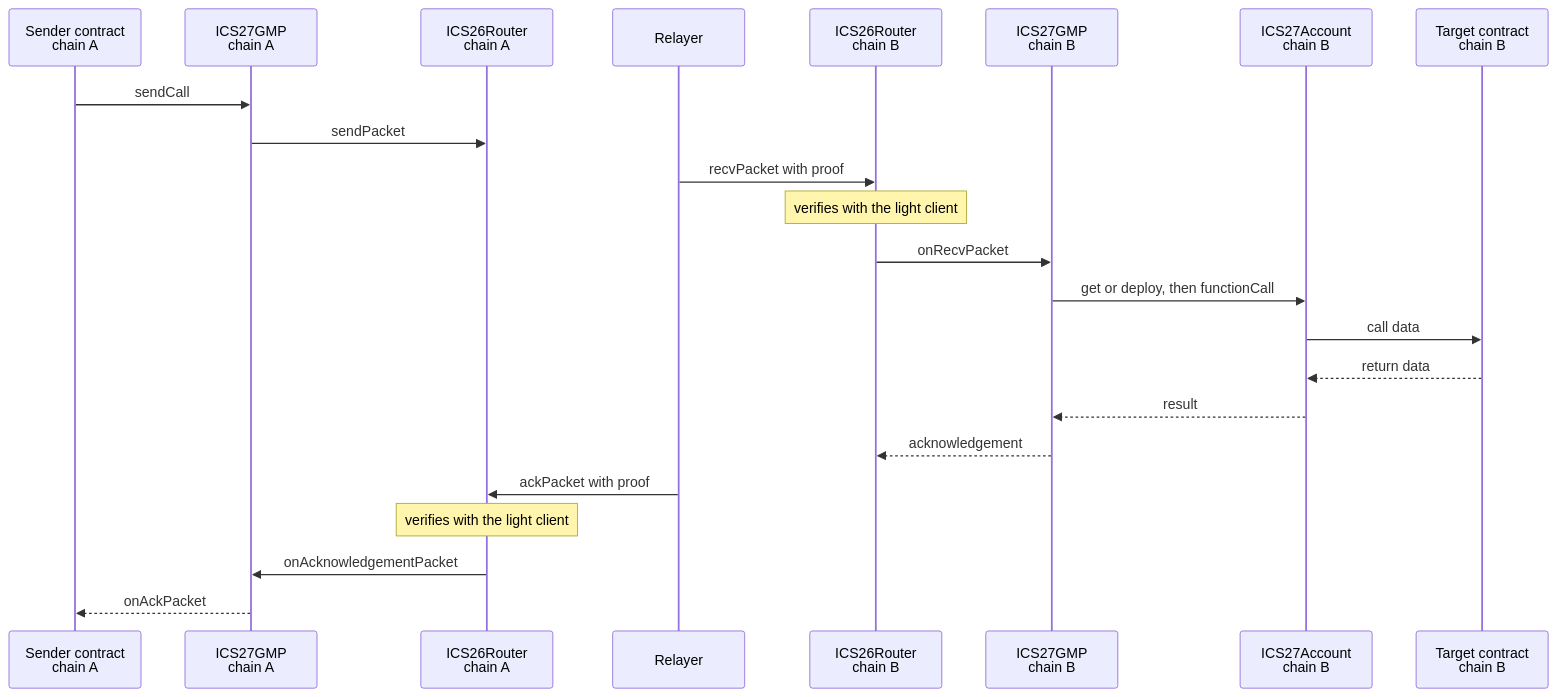
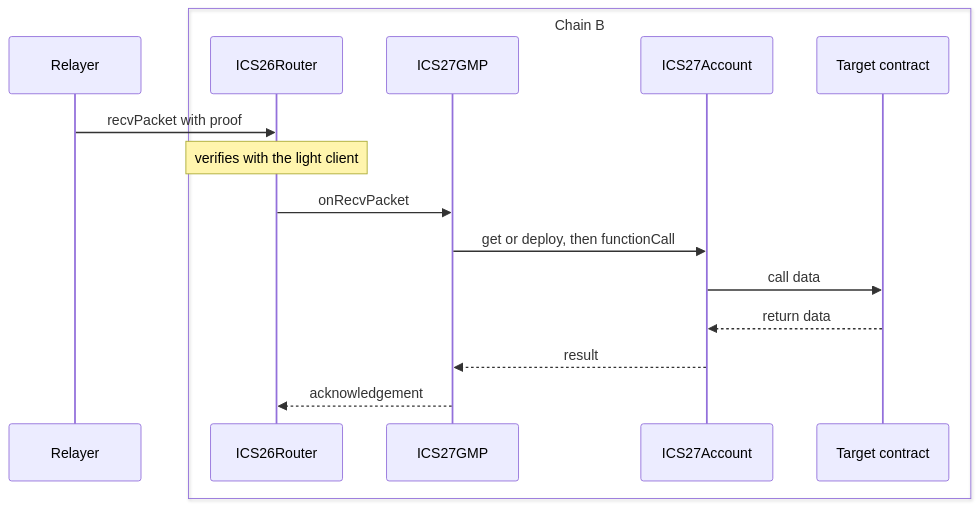
The second of 3 diagrams in docs/5-ibc-solidity-contracts/ics27-gmp-and-accounts.md (cosmos/ibc), drawn with Mermaid before and after one commit. The commit also changed other lines of this file, not shown here.

Commit message:
docs: address GMP review comments on ics27-gmp-and-accounts.md (FOU-1392)

````diff
--- a/docs/5-ibc-solidity-contracts/ics27-gmp-and-accounts.md
+++ b/docs/5-ibc-solidity-contracts/ics27-gmp-and-accounts.md
@@ -48,26 +45,18 @@
 ```mermaid
 sequenceDiagram
-    participant S as Sender contract<br/>chain A
-    participant G1 as ICS27GMP<br/>chain A
-    participant R1 as ICS26Router<br/>chain A
     participant Rel as Relayer
-    participant R2 as ICS26Router<br/>chain B
-    participant G2 as ICS27GMP<br/>chain B
-    participant Ac as ICS27Account<br/>chain B
-    participant T as Target contract<br/>chain B
-
-    S->>G1: sendCall
-    G1->>R1: sendPacket
+    box Chain B
+        participant R2 as ICS26Router
+        participant G2 as ICS27GMP
+        participant Ac as ICS27Account
+        participant T as Target contract
+    end
     Rel->>R2: recvPacket with proof
     Note over R2: verifies with the light client
     R2->>G2: onRecvPacket
     G2->>Ac: get or deploy, then functionCall
     Ac->>T: call data
     T-->>Ac: return data
     Ac-->>G2: result
     G2-->>R2: acknowledgement
-    Rel->>R1: ackPacket with proof
-    Note over R1: verifies with the light client
-    R1->>G1: onAcknowledgementPacket
-    G1-->>S: onAckPacket
 ```
````
